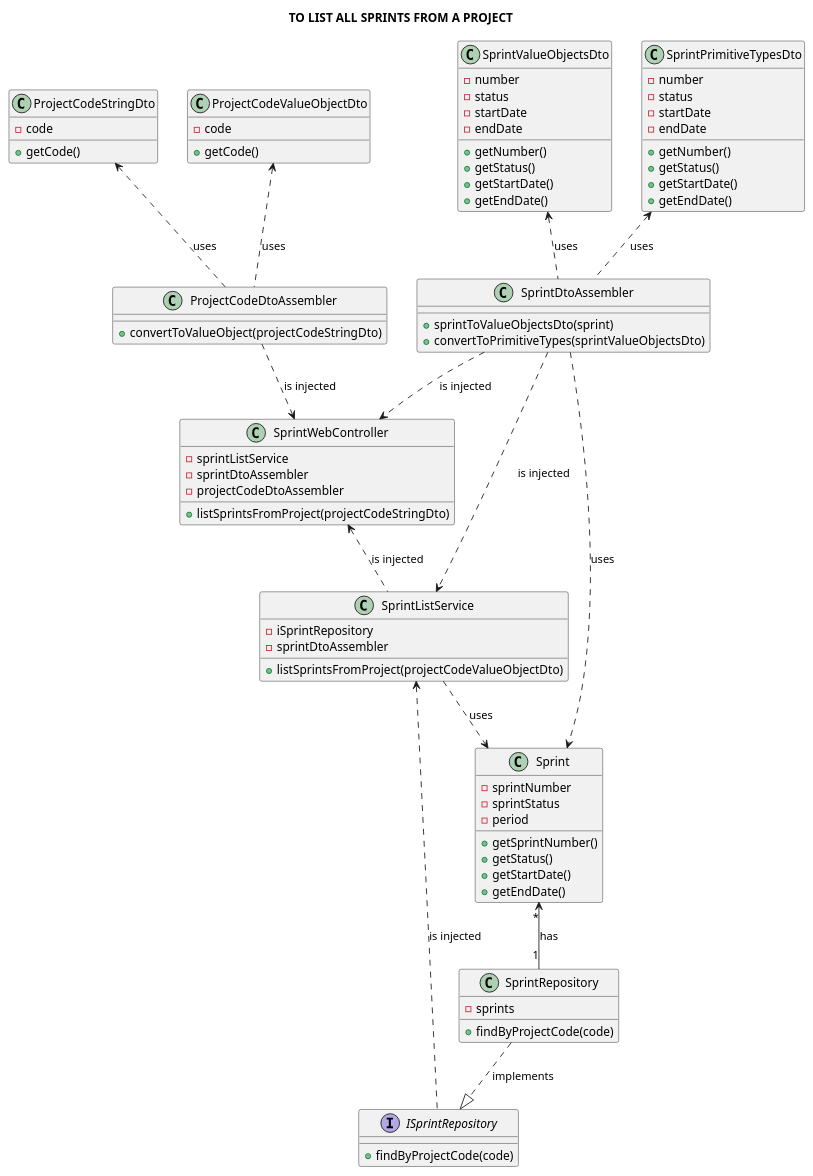
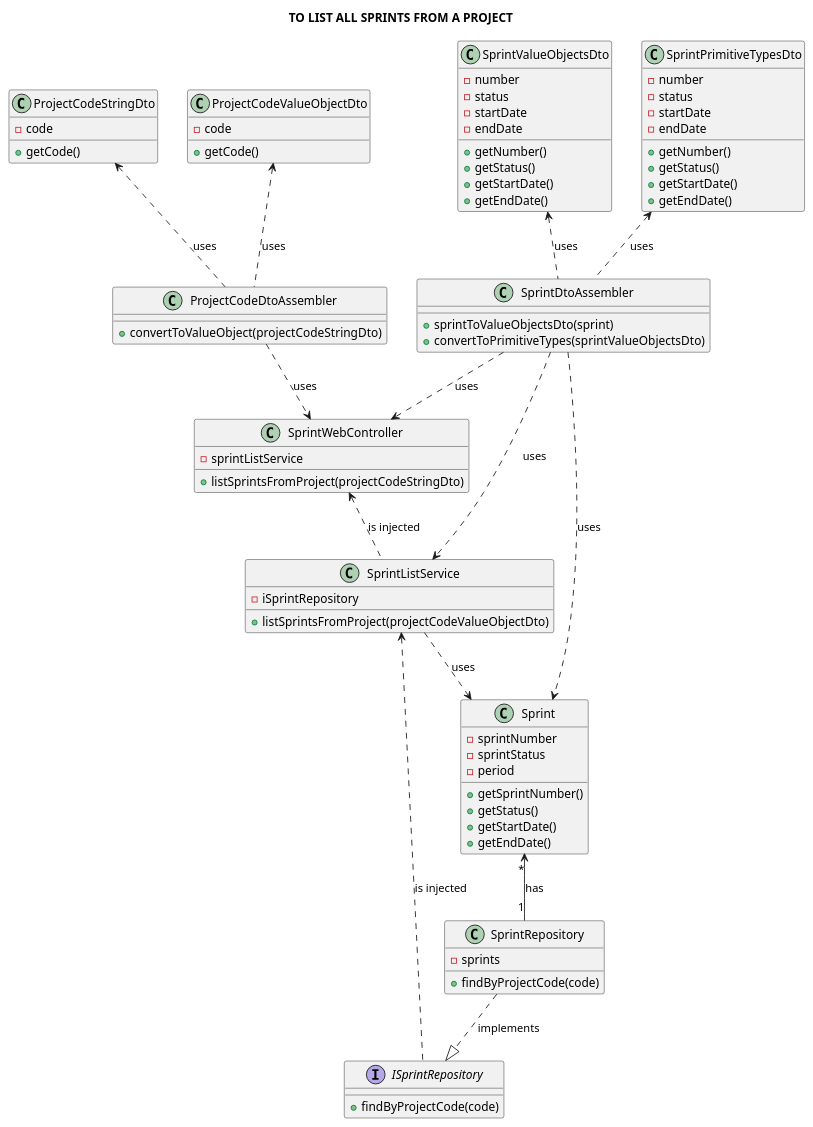
One commit to Loracline/project_switch_22-23 changed the diagram in docs/modelling_design/user_stories/reference_diagrams/listAllSprintsFromProject_classDiagram_ddd.puml. Above: the diagram before and after it, drawn with PlantUML. The commit also changed 1 other file, not shown here.

Commit message:
US031: Design: Updated sequence and class diagrams for functionality of listing all sprints of a project. Closes #650.

```diff
--- a/docs/modelling_design/user_stories/reference_diagrams/listAllSprintsFromProject_classDiagram_ddd.puml
+++ b/docs/modelling_design/user_stories/reference_diagrams/listAllSprintsFromProject_classDiagram_ddd.puml
@@ -1,93 +1,90 @@
 @startuml
 
 title TO LIST ALL SPRINTS FROM A PROJECT
 skinparam sequenceMessageAlign center
 
 class ProjectCodeStringDto {
 -code
 +getCode()
 }
 
 class ProjectCodeValueObjectDto {
 -code
 +getCode()
 }
 
 class ProjectCodeDtoAssembler {
 +convertToValueObject(projectCodeStringDto)
 }
 
 class SprintWebController {
 -sprintListService
--sprintDtoAssembler
--projectCodeDtoAssembler
 +listSprintsFromProject(projectCodeStringDto)
 }
 
 class SprintListService {
 -iSprintRepository
--sprintDtoAssembler
 +listSprintsFromProject(projectCodeValueObjectDto)
 }
 
 interface ISprintRepository {
 +findByProjectCode(code)
 }
 
 class SprintRepository {
 -sprints
 +findByProjectCode(code)
 }
 
 class SprintDtoAssembler {
 +sprintToValueObjectsDto(sprint)
 +convertToPrimitiveTypes(sprintValueObjectsDto)
 }
 
 class SprintValueObjectsDto {
 -number
 -status
 -startDate
 -endDate
 +getNumber()
 +getStatus()
 +getStartDate()
 +getEndDate()
 }
 
 class SprintPrimitiveTypesDto {
 -number
 -status
 -startDate
 -endDate
 +getNumber()
 +getStatus()
 +getStartDate()
 +getEndDate()
 }
 
 class Sprint {
 -sprintNumber
 -sprintStatus
 -period
 +getSprintNumber()
 +getStatus()
 +getStartDate()
 +getEndDate()
 }
 
 SprintWebController <.. SprintListService: is injected
 SprintListService <.. ISprintRepository: is injected
 SprintRepository ..|> ISprintRepository: implements
 SprintListService ..> Sprint: uses
-SprintDtoAssembler ..> SprintListService: is injected
-SprintDtoAssembler ..> SprintWebController: is injected
-ProjectCodeDtoAssembler ..> SprintWebController: is injected
+SprintDtoAssembler ..> SprintListService: uses
+SprintDtoAssembler ..> SprintWebController: uses
+ProjectCodeDtoAssembler ..> SprintWebController: uses
 SprintDtoAssembler ..> Sprint: uses
 SprintValueObjectsDto <.. SprintDtoAssembler: uses
 SprintPrimitiveTypesDto <.. SprintDtoAssembler: uses
 ProjectCodeStringDto <.. ProjectCodeDtoAssembler: uses
 ProjectCodeValueObjectDto <.. ProjectCodeDtoAssembler: uses
 Sprint "*" <-down- "1" SprintRepository: has
 
 @enduml
```
